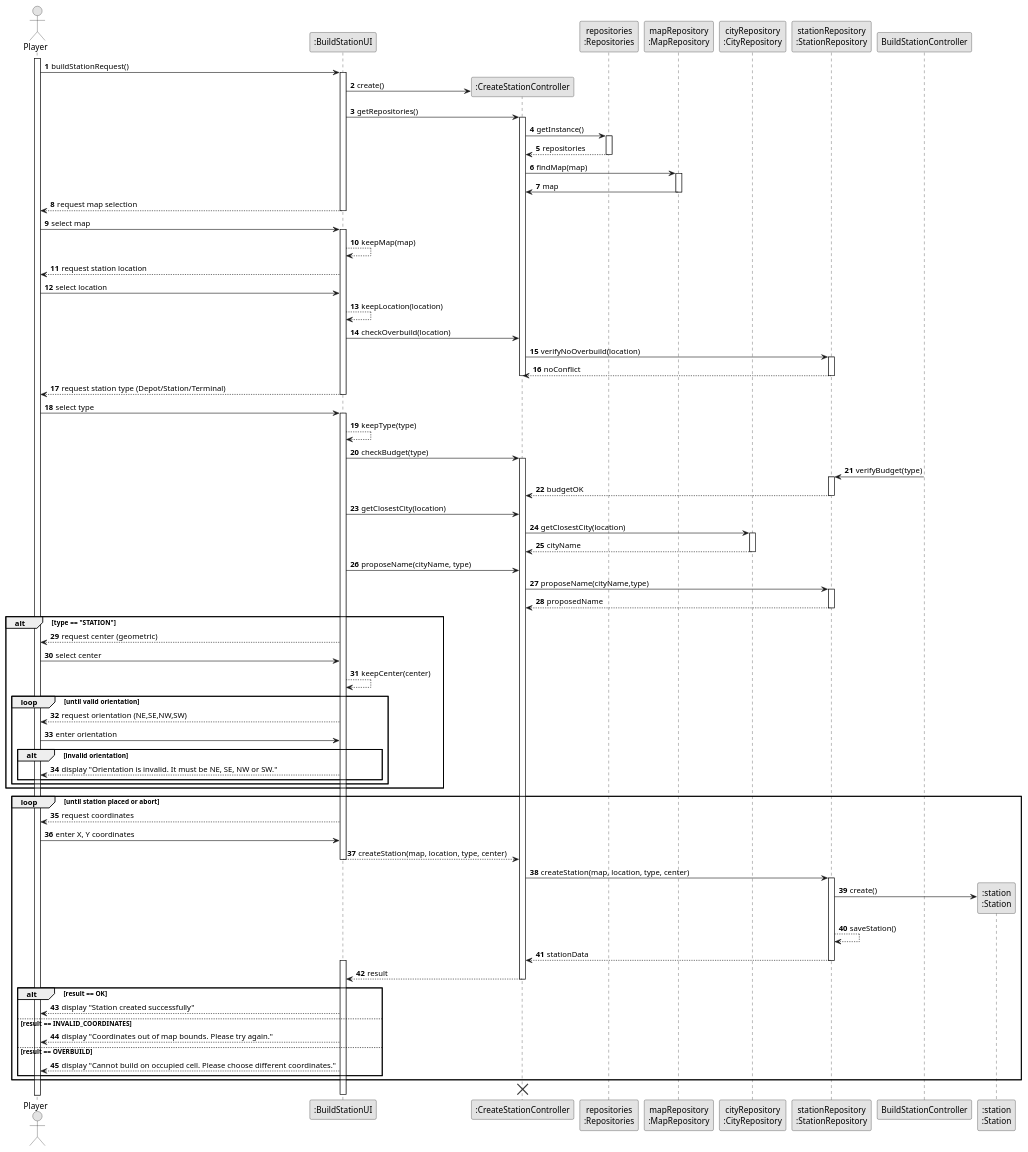
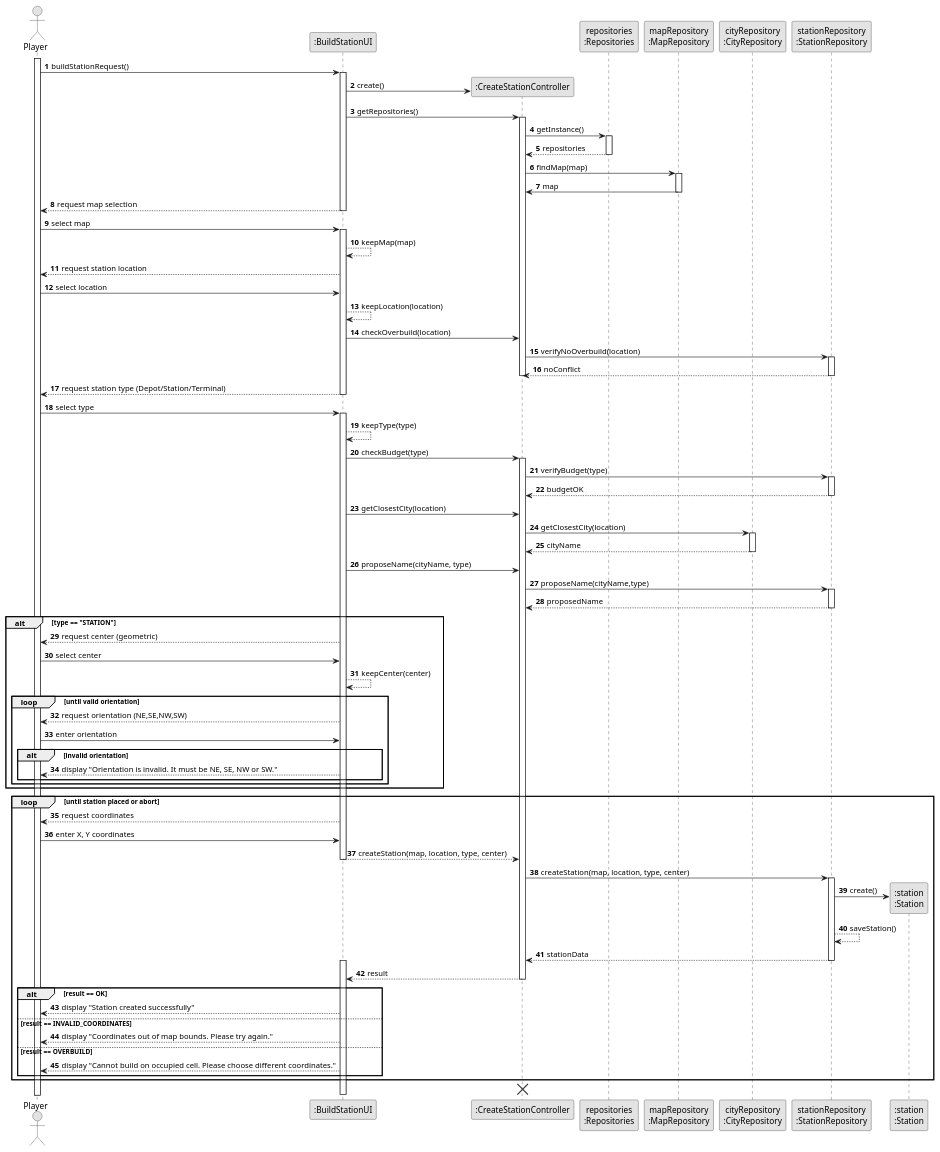
One commit to goncalolopesp/sem2-pi-24.25-g093-repo changed the diagram in docs/system-documentation/US005/03.design/puml/US005-SD.puml. Above: the diagram before and after it, drawn with PlantUML. The commit also changed 13 other files, not shown here.

```diff
--- a/docs/system-documentation/US005/03.design/puml/US005-SD.puml
+++ b/docs/system-documentation/US005/03.design/puml/US005-SD.puml
@@ -1,121 +1,121 @@
 @startuml US005-SD
 skinparam monochrome true
 skinparam packageStyle rectangle
 skinparam shadowing false
 
 autonumber
 
 actor "Player" as Player
 participant ":BuildStationUI" as BuildStationUI
 participant ":CreateStationController" as CreateStationController
 participant "repositories\n:Repositories" as Repositories
 participant "mapRepository\n:MapRepository" as MapRepository
 participant "cityRepository\n:CityRepository" as CityRepository
 participant "stationRepository\n:StationRepository" as StationRepository
 
 activate Player
 
 Player -> BuildStationUI : buildStationRequest()
 create CreateStationController
 activate BuildStationUI
 BuildStationUI -> CreateStationController: create()
 
 BuildStationUI -> CreateStationController : getRepositories()
 activate CreateStationController
 CreateStationController -> Repositories : getInstance()
 activate Repositories
 Repositories --> CreateStationController : repositories
 deactivate Repositories
 
 CreateStationController -> MapRepository: findMap(map)
 activate MapRepository
 MapRepository -> CreateStationController: map
 deactivate MapRepository
 
 BuildStationUI --> Player : request map selection
 deactivate BuildStationUI
 Player -> BuildStationUI : select map
 activate BuildStationUI
 BuildStationUI --> BuildStationUI : keepMap(map)
 
 BuildStationUI --> Player : request station location
 Player -> BuildStationUI : select location
 BuildStationUI --> BuildStationUI : keepLocation(location)
 
 BuildStationUI -> CreateStationController : checkOverbuild(location)
 CreateStationController -> StationRepository : verifyNoOverbuild(location)
 activate StationRepository
 StationRepository --> CreateStationController : noConflict
 deactivate StationRepository
 
 deactivate CreateStationController
 BuildStationUI --> Player : request station type (Depot/Station/Terminal)
 deactivate BuildStationUI
 Player -> BuildStationUI : select type
 activate BuildStationUI
 BuildStationUI --> BuildStationUI : keepType(type)
 
 BuildStationUI -> CreateStationController : checkBudget(type)
 activate CreateStationController
-BuildStationController -> StationRepository : verifyBudget(type)
+CreateStationController -> StationRepository : verifyBudget(type)
 activate StationRepository
 StationRepository --> CreateStationController : budgetOK
 deactivate StationRepository
 
 BuildStationUI -> CreateStationController : getClosestCity(location)
 CreateStationController -> CityRepository: getClosestCity(location)
 activate CityRepository
 CityRepository --> CreateStationController : cityName
 deactivate CityRepository
 BuildStationUI -> CreateStationController : proposeName(cityName, type)
 CreateStationController -> StationRepository : proposeName(cityName,type)
 activate StationRepository
 StationRepository --> CreateStationController : proposedName
 deactivate StationRepository
 
 alt type == "STATION"
   BuildStationUI --> Player : request center (geometric)
   Player -> BuildStationUI : select center
   BuildStationUI --> BuildStationUI : keepCenter(center)
 
   loop until valid orientation
     BuildStationUI --> Player : request orientation (NE,SE,NW,SW)
     Player -> BuildStationUI : enter orientation
     alt invalid orientation
       BuildStationUI --> Player : display "Orientation is invalid. It must be NE, SE, NW or SW."
     end
   end
 end
 
 loop until station placed or abort
   BuildStationUI --> Player : request coordinates
   Player -> BuildStationUI : enter X, Y coordinates
 
   BuildStationUI --> CreateStationController : createStation(map, location, type, center)
   deactivate BuildStationUI
   CreateStationController -> StationRepository : createStation(map, location, type, center)
   activate StationRepository
   create ":station\n:Station" as Station
 
   StationRepository -> Station: create()
 
   StationRepository --> StationRepository : saveStation()
   StationRepository --> CreateStationController : stationData
   deactivate StationRepository
 
   activate BuildStationUI
   CreateStationController --> BuildStationUI : result
   deactivate CreateStationController
 
   alt result == OK
     BuildStationUI --> Player : display "Station created successfully"
   else result == INVALID_COORDINATES
     BuildStationUI --> Player : display "Coordinates out of map bounds. Please try again."
   else result == OVERBUILD
     BuildStationUI --> Player : display "Cannot build on occupied cell. Please choose different coordinates."
   end
 end
 
 destroy CreateStationController
 deactivate BuildStationUI
 @enduml
```
